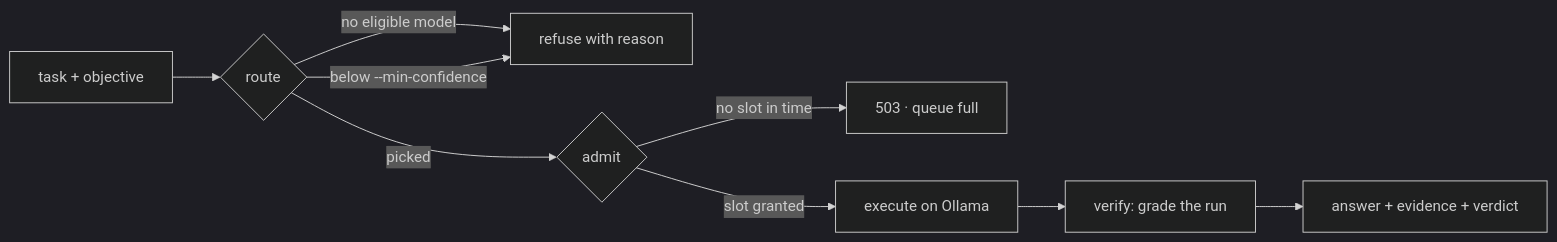
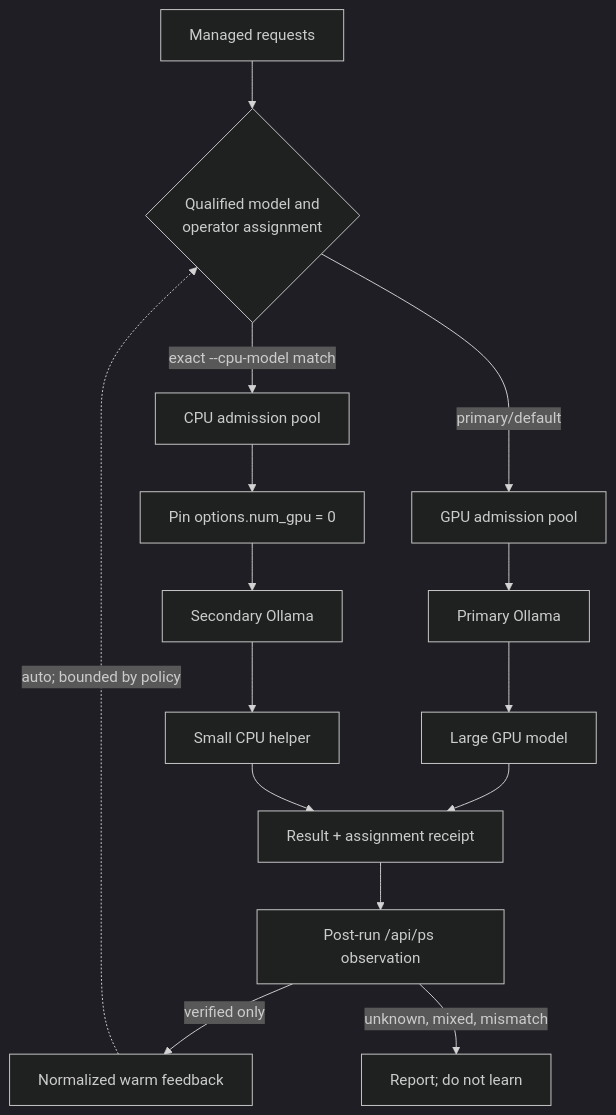
Before and after one commit to bgauryy/FreeLlama: the third of 4 diagrams in README.md, drawn with Mermaid (dark theme). The commit also changed other lines of this file and 149 other files, not shown here.

````diff
--- a/README.md
+++ b/README.md
@@ -61,11 +314,21 @@
 ```mermaid
-flowchart LR
-    A["task + objective"] --> R{"route"}
-    R -->|"no eligible model"| X["refuse with reason"]
-    R -->|"below --min-confidence"| X
-    R -->|"picked"| Q{"admit"}
-    Q -->|"no slot in time"| B["503 · queue full"]
-    Q -->|"slot granted"| E["execute on Ollama"]
-    E --> V["verify: grade the run"]
-    V --> O["answer + evidence + verdict"]
+flowchart TD
+    A["Managed requests"] --> R{"Qualified model and<br/>operator assignment"}
+
+    R -->|"primary/default"| GP["GPU admission pool"]
+    R -->|"exact --cpu-model match"| CP["CPU admission pool"]
+
+    GP --> GO["Primary Ollama"]
+    CP --> Z["Pin options.num_gpu = 0"]
+    Z --> CO["Secondary Ollama"]
+
+    GO --> G["Large GPU model"]
+    CO --> C["Small CPU helper"]
+
+    G --> REC["Result + assignment receipt"]
+    C --> REC
+    REC --> OBS["Post-run /api/ps observation"]
+    OBS -->|"verified only"| FB["Normalized warm feedback"]
+    OBS -->|"unknown, mixed, mismatch"| NO["Report; do not learn"]
+    FB -.->|"auto; bounded by policy"| R
 ```
````
